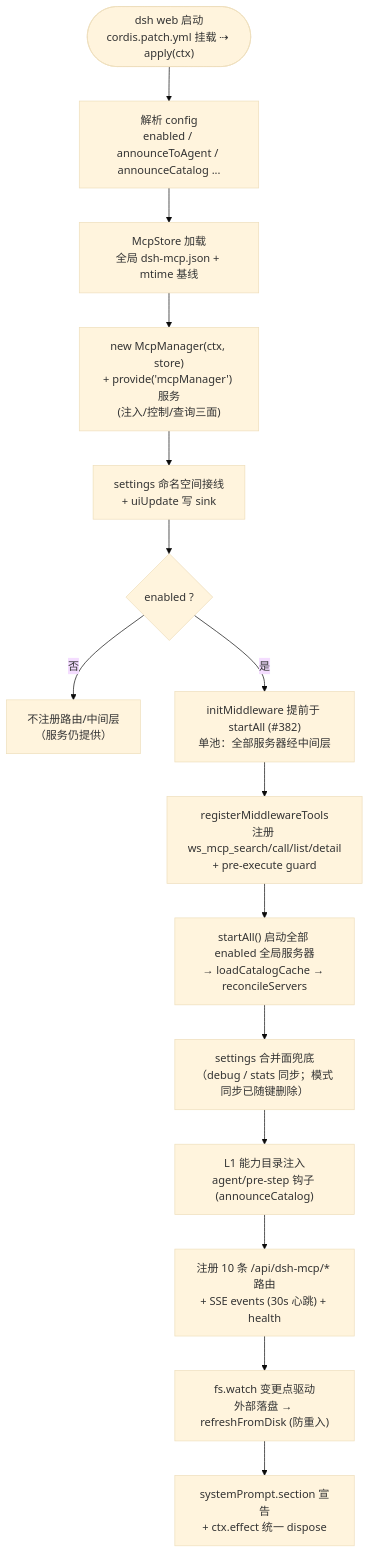
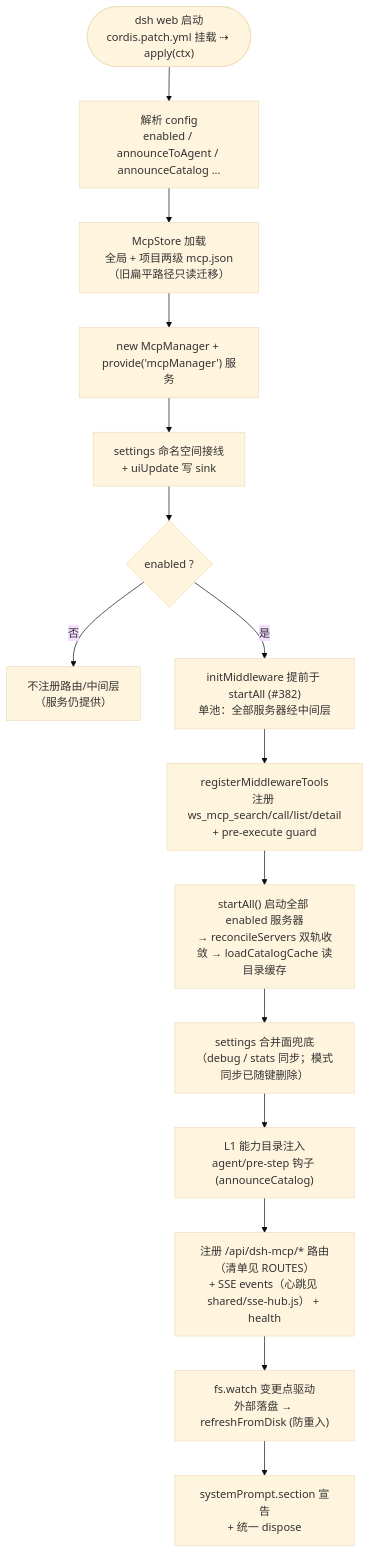
One commit to wingsky-1/dsh-plugin-hub changed the first of 4 diagrams in docs/architecture/dsh-mcp-manager.md. Above: the diagram before and after it, drawn with Mermaid (base theme). The commit also changed other lines of this file and 7 other files, not shown here.

First line of the commit message:
docs(dsh-mcp-manager): 重写架构文档目标态与历史注归口（#767 DOC-A）

````diff
--- a/docs/architecture/dsh-mcp-manager.md
+++ b/docs/architecture/dsh-mcp-manager.md
@@ -39,17 +47,17 @@
 ```mermaid
 flowchart TD
     S(["dsh web 启动<br/>cordis.patch.yml 挂载 ⇢ apply(ctx)"]) --> A["解析 config<br/>enabled / announceToAgent / announceCatalog ..."]
-    A --> B["McpStore 加载<br/>全局 dsh-mcp.json + mtime 基线"]
-    B --> C["new McpManager(ctx, store)<br/>+ provide('mcpManager') 服务<br/>(注入/控制/查询三面)"]
+    A --> B["McpStore 加载<br/>全局 + 项目两级 mcp.json（旧扁平路径只读迁移）"]
+    B --> C["new McpManager + provide('mcpManager') 服务"]
     C --> D["settings 命名空间接线<br/>+ uiUpdate 写 sink"]
     D --> E{"enabled ?"}
     E -->|"否"| Z["不注册路由/中间层<br/>（服务仍提供）"]
     E -->|"是"| F["initMiddleware 提前于 startAll (#382)<br/>单池：全部服务器经中间层"]
     F --> G["registerMiddlewareTools<br/>注册 ws_mcp_search/call/list/detail<br/>+ pre-execute guard"]
-    G --> H["startAll() 启动全部 enabled 全局服务器<br/>→ loadCatalogCache → reconcileServers"]
+    G --> H["startAll() 启动全部 enabled 服务器<br/>→ reconcileServers 双轨收敛 → loadCatalogCache 读目录缓存"]
     H --> I["settings 合并面兜底<br/>（debug / stats 同步；模式同步已随键删除）"]
     I --> J["L1 能力目录注入<br/>agent/pre-step 钩子 (announceCatalog)"]
-    J --> K["注册 10 条 /api/dsh-mcp/* 路由<br/>+ SSE events (30s 心跳) + health"]
+    J --> K["注册 /api/dsh-mcp/* 路由（清单见 ROUTES）<br/>+ SSE events（心跳见 shared/sse-hub.js） + health"]
     K --> L["fs.watch 变更点驱动<br/>外部落盘 → refreshFromDisk (防重入)"]
-    L --> M["systemPrompt.section 宣告<br/>+ ctx.effect 统一 dispose"]
+    L --> M["systemPrompt.section 宣告<br/>+ 统一 dispose"]
 ```
````
